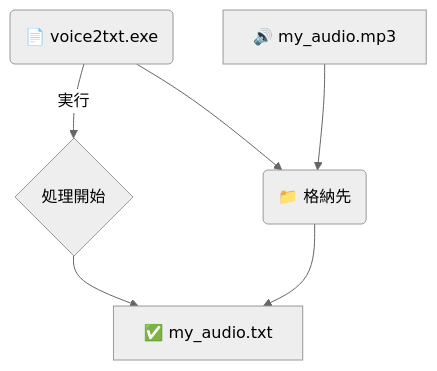
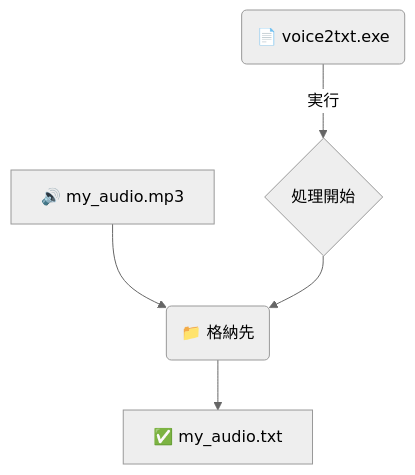
Before and after one commit to qack-dev/ScribePy: the diagram in README.md, drawn with Mermaid (neutral theme).

````diff
--- a/README.md
+++ b/README.md
@@ -24,9 +24,8 @@
 ```mermaid
 graph TD
     B(📄 voice2txt.exe);
-    B --> C(📁 格納先);
     D[🔊 my_audio.mp3] --> C;
     B -- 実行 --> E{処理開始};
-    E --> F[✅ my_audio.txt];
-    C --> F;
+    E --> C(📁 格納先);
+    C --> F[✅ my_audio.txt];
 ```
````
